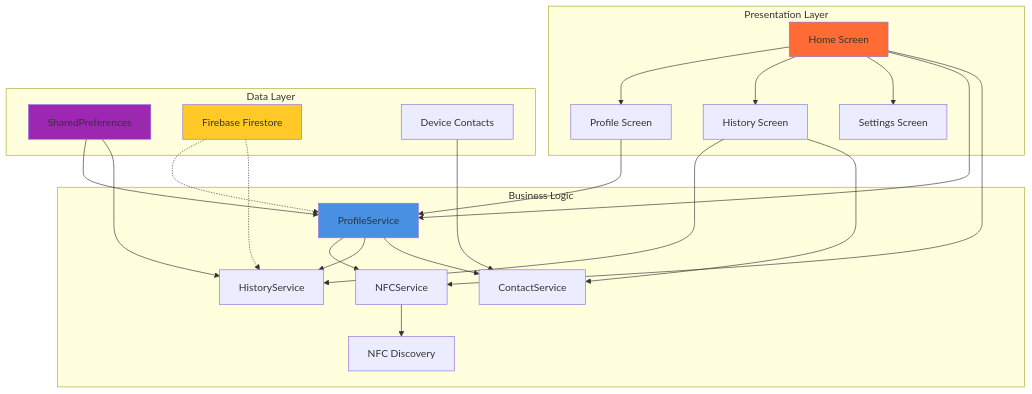
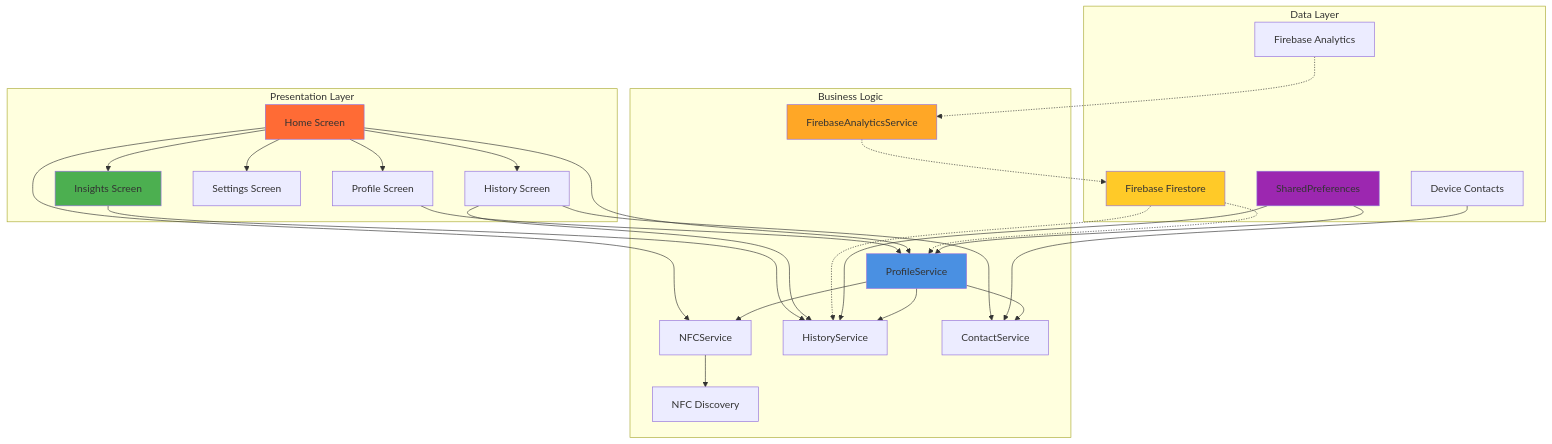
One commit to sentry007/tap_card changed the first of 6 diagrams in README.md. Above: the diagram before and after it, drawn with Mermaid. The commit also changed other lines of this file and 1 other file, not shown here.

Commit message:
docs: update README with insights feature and branding

````diff
--- a/README.md
+++ b/README.md
@@ -107,34 +124,41 @@
 ```mermaid
 graph TB
     subgraph "Presentation Layer"
         A[Home Screen] --> B[Profile Screen]
         A --> C[History Screen]
         A --> D[Settings Screen]
+        A --> INS[Insights Screen]
     end
 
     subgraph "Business Logic"
         E[ProfileService] --> F[NFCService]
         E --> G[HistoryService]
         E --> H[ContactService]
         F --> I[NFC Discovery]
+        FA[FirebaseAnalyticsService]
     end
 
     subgraph "Data Layer"
         J[SharedPreferences] --> E
         J --> G
         K[Firebase Firestore] -.-> E
         K -.-> G
         L[Device Contacts] --> H
+        M[Firebase Analytics] -.-> FA
     end
 
     A --> E
     B --> E
     C --> G
     C --> H
     A --> F
+    INS --> G
+    FA -.-> K
 
     style A fill:#FF6B35
     style E fill:#4A90E2
     style J fill:#9C27B0
     style K fill:#FFCA28
+    style INS fill:#4CAF50
+    style FA fill:#FFA726
 ```
````
